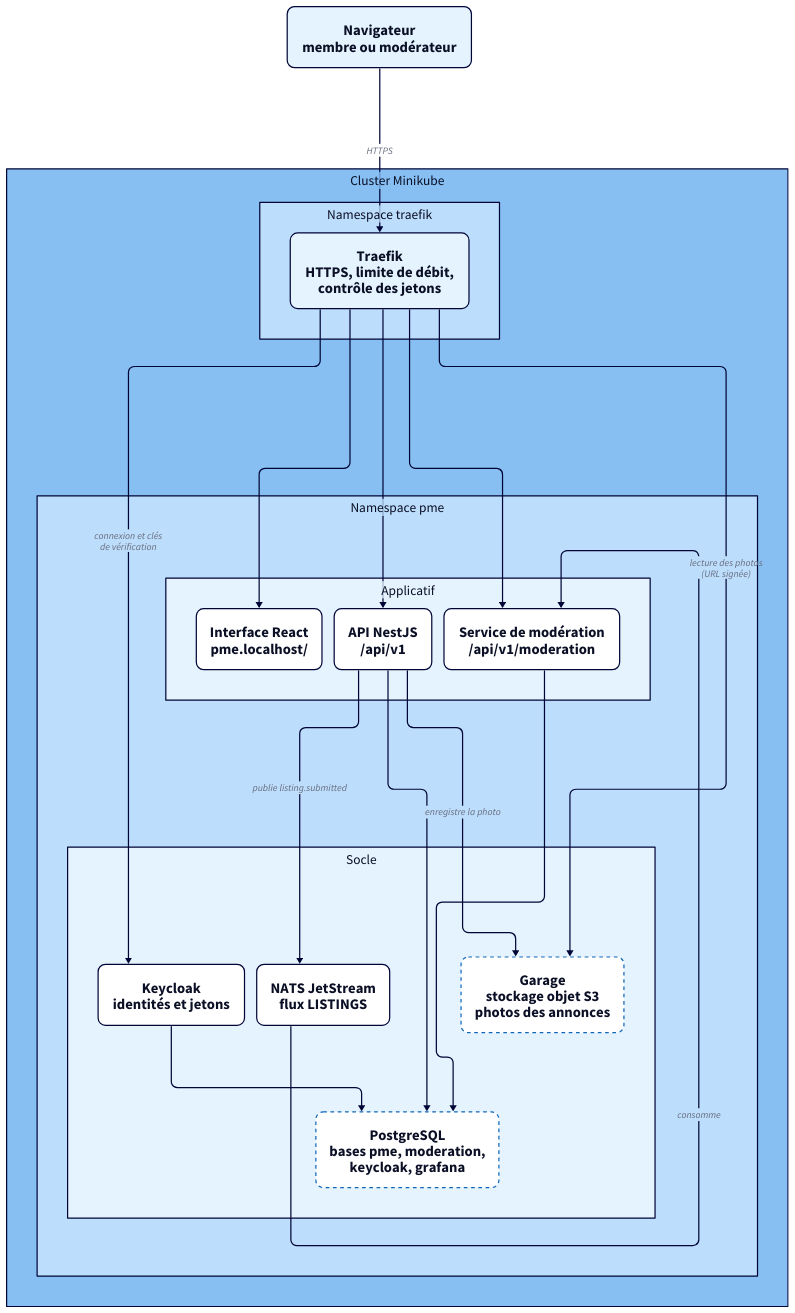
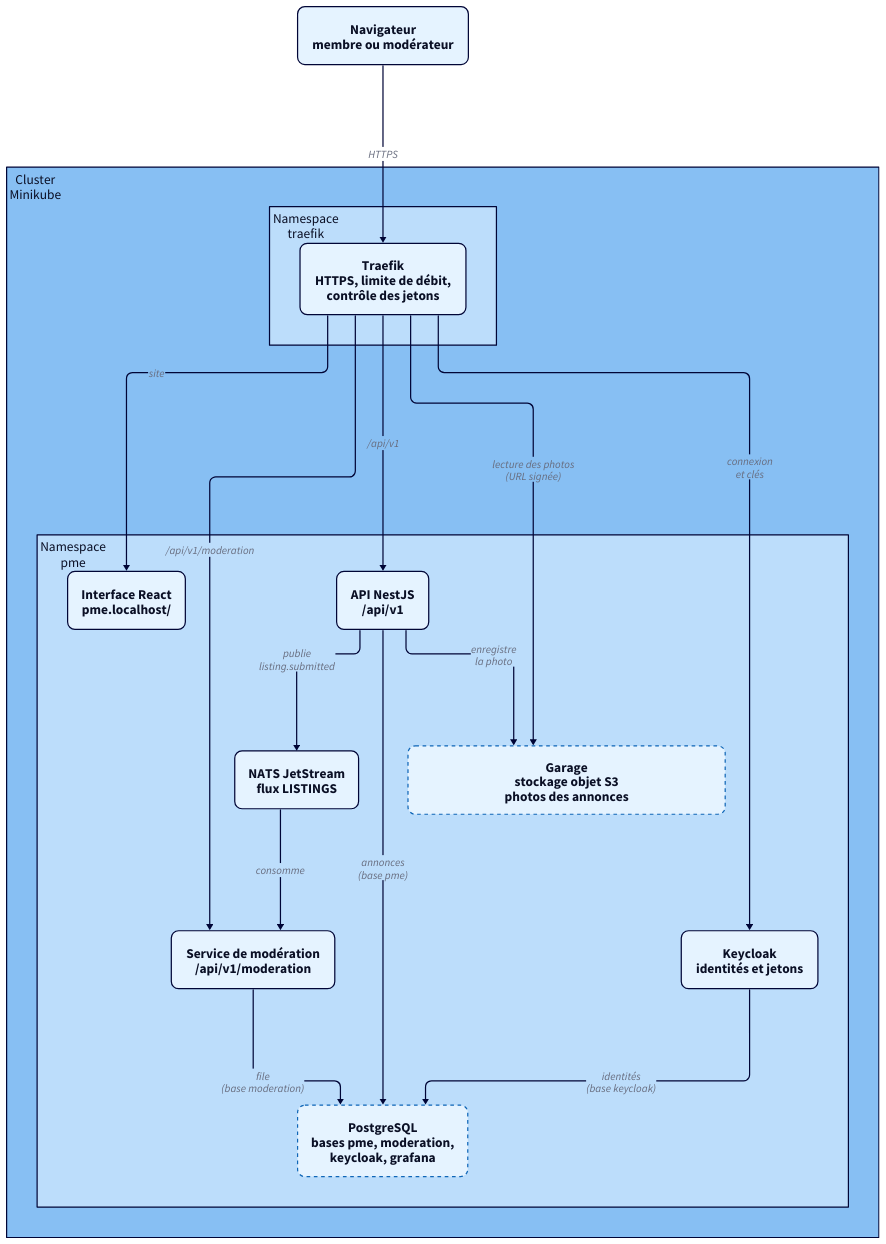
Before and after one commit to kitaah/pme: the first of 2 diagrams in docs/architecture.md, drawn with D2. The commit also changed other lines of this file and 49 other files, not shown here.

````diff
--- a/docs/architecture.md
+++ b/docs/architecture.md
@@ -56,72 +56,75 @@
 ```d2
 vars: {
   d2-config: {
     layout-engine: elk
     theme-id: 5
-    pad: 8
+    pad: 16
   }
 }
 direction: down
 
-# Mise en forme commune : texte lisible à la largeur de la page, angles arrondis
 classes: {
   boite: {
     style: {
-      font-size: 24
+      font-size: 22
       border-radius: 12
     }
   }
   donnee: {
     style: {
-      font-size: 24
+      font-size: 22
       border-radius: 12
       stroke-dash: 3
+    }
+  }
+  lien: {
+    style: {
+      font-size: 18
     }
   }
 }
 
 navigateur: "Navigateur\nmembre ou modérateur" {class: boite}
 
-cluster: "Cluster Minikube" {
+cluster: "Cluster\nMinikube" {
   style.font-size: 22
+  label.near: top-left
 
-  entree: "Namespace traefik" {
+  entree: "Namespace\ntraefik" {
     style.font-size: 22
+    label.near: top-left
     traefik: "Traefik\nHTTPS, limite de débit,\ncontrôle des jetons" {class: boite}
   }
 
-  pme: "Namespace pme" {
+  pme: "Namespace\npme" {
     style.font-size: 22
+    label.near: top-left
 
-    applicatif: "Applicatif" {
-      style.font-size: 22
-      frontend: "Interface React\npme.localhost/" {class: boite}
-      api: "API NestJS\n/api/v1" {class: boite}
-      moderation: "Service de modération\n/api/v1/moderation" {class: boite}
+    frontend: "Interface React\npme.localhost/" {class: boite}
+    api: "API NestJS\n/api/v1" {class: boite}
+    moderation: "Service de modération\n/api/v1/moderation" {class: boite}
+    keycloak: "Keycloak\nidentités et jetons" {class: boite}
+    nats: "NATS JetStream\nflux LISTINGS" {class: boite}
+    postgres: "PostgreSQL\nbases pme, moderation,\nkeycloak, grafana" {class: donnee}
+    garage: "Garage\nstockage objet S3\nphotos des annonces" {
+      class: donnee
+      width: 520
     }
 
-    socle: "Socle" {
-      style.font-size: 22
-      keycloak: "Keycloak\nidentités et jetons" {class: boite}
-      nats: "NATS JetStream\nflux LISTINGS" {class: boite}
-      postgres: "PostgreSQL\nbases pme, moderation,\nkeycloak, grafana" {class: donnee}
-      garage: "Garage\nstockage objet S3\nphotos des annonces" {class: donnee}
-    }
-
-    applicatif.api -> socle.nats: publie listing.submitted
-    socle.nats -> applicatif.moderation: consomme
-    applicatif.api -> socle.postgres
-    applicatif.api -> socle.garage: enregistre la photo
-    applicatif.moderation -> socle.postgres
-    socle.keycloak -> socle.postgres
+    api -> nats: "publie\nlisting.submitted" {class: lien}
+    nats -> moderation: "consomme" {class: lien}
+    api -> postgres: "annonces\n(base pme)" {class: lien}
+    moderation -> postgres: "file\n(base moderation)" {class: lien}
+    keycloak -> postgres: "identités\n(base keycloak)" {class: lien}
+    api -> garage: "enregistre\nla photo" {class: lien}
   }
 
-  entree.traefik -> pme.applicatif.frontend
-  entree.traefik -> pme.applicatif.api
-  entree.traefik -> pme.applicatif.moderation
-  entree.traefik -> pme.socle.keycloak: connexion et clés\nde vérification
-  entree.traefik -> pme.socle.garage: lecture des photos\n(URL signée)
+  entree.traefik -> pme.frontend: "site" {class: lien}
+  entree.traefik -> pme.api: "/api/v1" {class: lien}
+  entree.traefik -> pme.moderation: "/api/v1/moderation" {class: lien}
+  entree.traefik -> pme.keycloak: "connexion\net clés" {class: lien}
+  entree.traefik -> pme.garage: "lecture des photos\n(URL signée)" {class: lien}
 }
 
-navigateur -> cluster.entree.traefik: HTTPS
+navigateur -> cluster.entree.traefik: "HTTPS" {class: lien}
 ```
````
